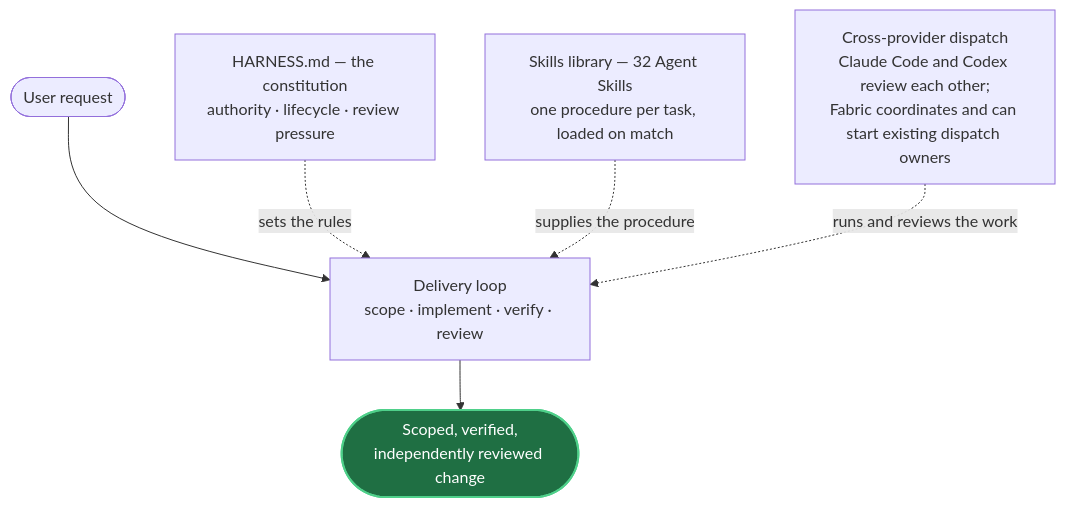
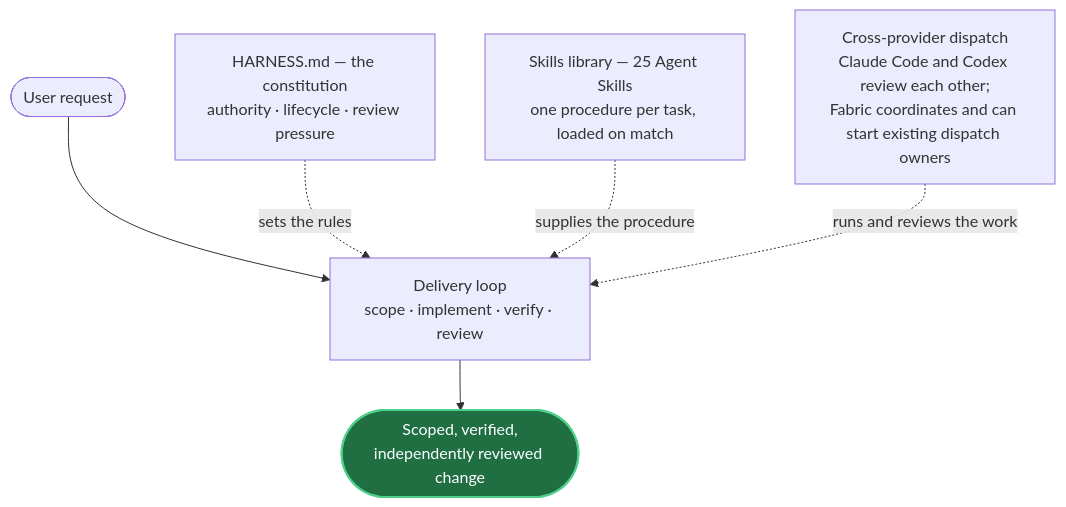
The first of 2 diagrams in README.md (mblauberg/provenant), drawn with Mermaid before and after one commit. The commit also changed other lines of this file and 321 other files, not shown here.

````diff
--- a/README.md
+++ b/README.md
@@ -37,12 +37,12 @@
 ```mermaid
 flowchart TB
     accTitle: The three parts and the delivery loop they serve
     accDescr: A user request enters the delivery loop, which runs scope, implement, verify and review, and produces a scoped, verified, independently reviewed change. Three parts act on that loop concurrently rather than in sequence. HARNESS.md, the constitution, sets the rules — authority, lifecycle and review pressure. The skills library supplies the procedure, one SKILL.md per task loaded when the task matches. Cross-provider dispatch runs and reviews the work, with Claude Code and Codex as primaries reviewing each other and Fabric providing messages, tasks, activity and a thin front door to the existing dispatch owners.
     U(["User request"]) --> LOOP["Delivery loop<br/>scope · implement · verify · review"]
     LOOP --> OUT(["Scoped, verified,<br/>independently reviewed change"])
     H["HARNESS.md — the constitution<br/>authority · lifecycle · review pressure"] -. "sets the rules" .-> LOOP
-    SK["Skills library — 32 Agent Skills<br/>one procedure per task, loaded on match"] -. "supplies the procedure" .-> LOOP
+    SK["Skills library — 25 Agent Skills<br/>one procedure per task, loaded on match"] -. "supplies the procedure" .-> LOOP
     F["Cross-provider dispatch<br/>Claude Code and Codex review each other;<br/>Fabric coordinates and can start existing dispatch owners"] -. "runs and reviews the work" .-> LOOP
     classDef out fill:#1f6f43,stroke:#4fd08a,color:#ffffff,stroke-width:2px
     class OUT out
 ```
````
